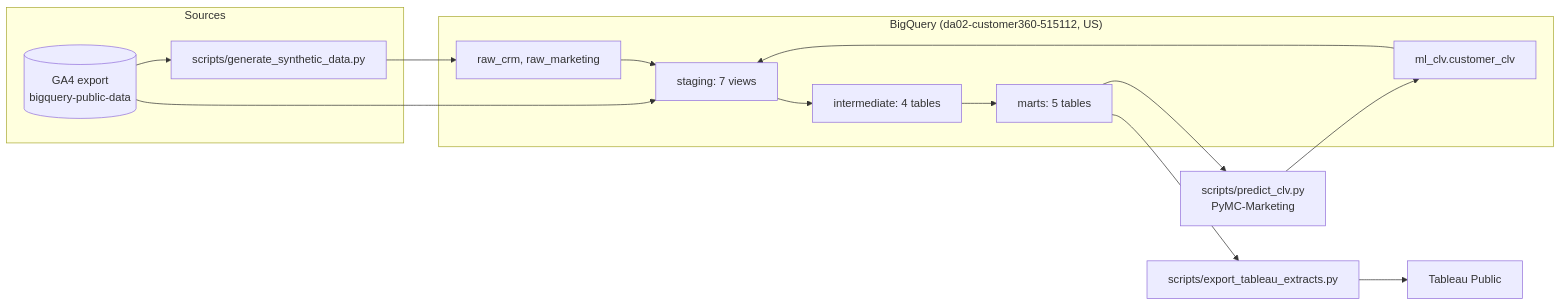
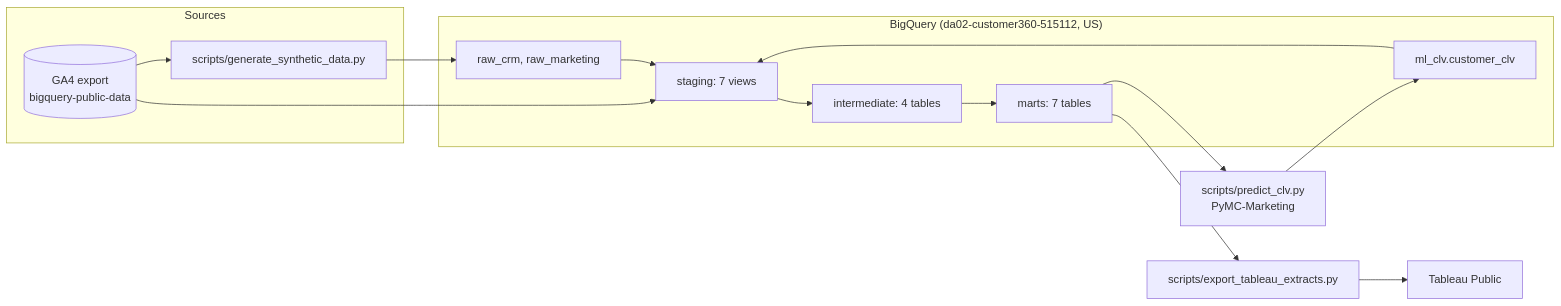
One commit to marthasanjusri-code/nexvia-da-projects changed the diagram in DA-02/README.md. Above: the diagram before and after it, drawn with Mermaid. The commit also changed other lines of this file and 8 other files, not shown here.

````diff
--- a/DA-02/README.md
+++ b/DA-02/README.md
@@ -35,22 +36,22 @@
 ```mermaid
 flowchart LR
     subgraph SRC["Sources"]
         GA4[("GA4 export<br/>bigquery-public-data")]
         GEN["scripts/generate_synthetic_data.py"]
     end
     subgraph BQ["BigQuery (da02-customer360-515112, US)"]
         RAW["raw_crm, raw_marketing"]
         STG["staging: 7 views"]
         INT["intermediate: 4 tables"]
-        MART["marts: 5 tables"]
+        MART["marts: 7 tables"]
         ML["ml_clv.customer_clv"]
     end
     CLV["scripts/predict_clv.py<br/>PyMC-Marketing"]
     EXP["scripts/export_tableau_extracts.py"]
     TAB["Tableau Public"]
     GA4 --> GEN --> RAW
     GA4 --> STG
     RAW --> STG --> INT --> MART
     MART --> CLV --> ML --> STG
     MART --> EXP --> TAB
 ```
````
